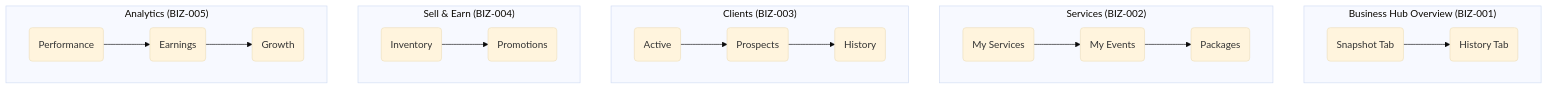
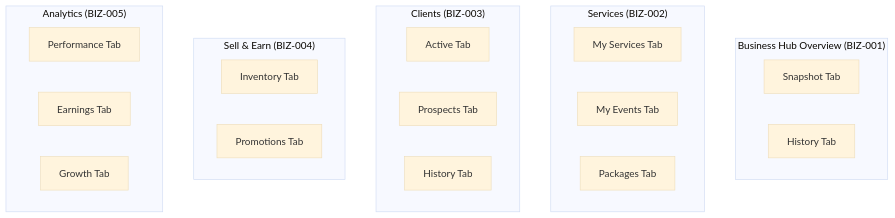
One commit to exafyltd/vitana-v1 changed diagram 32 of 34 in docs/NAVIGATION_MAP.md. Above: the diagram before and after it, drawn with Mermaid (base theme). The commit also changed other lines of this file and 4 other files, not shown here.

````diff
--- a/docs/NAVIGATION_MAP.md
+++ b/docs/NAVIGATION_MAP.md
@@ -668,25 +668,30 @@
 ```mermaid
 graph TB
     subgraph "Business Hub Overview (BIZ-001)"
-        BIZ-001-A(Snapshot Tab) --> BIZ-001-B(History Tab)
+        BIZ-001-Snapshot[Snapshot Tab]
+        BIZ-001-History[History Tab]
     end
     
     subgraph "Services (BIZ-002)"
-        BIZ-002-A(My Services) --> BIZ-002-B(My Events)
-        BIZ-002-B --> BIZ-002-C(Packages)
+        BIZ-002-Services[My Services Tab]
+        BIZ-002-Events[My Events Tab]
+        BIZ-002-Packages[Packages Tab]
     end
     
     subgraph "Clients (BIZ-003)"
-        BIZ-003-A(Active) --> BIZ-003-B(Prospects)
-        BIZ-003-B --> BIZ-003-C(History)
+        BIZ-003-Active[Active Tab]
+        BIZ-003-Prospects[Prospects Tab]
+        BIZ-003-History[History Tab]
     end
     
     subgraph "Sell & Earn (BIZ-004)"
-        BIZ-004-A(Inventory) --> BIZ-004-B(Promotions)
+        BIZ-004-Inventory[Inventory Tab]
+        BIZ-004-Promotions[Promotions Tab]
     end
     
     subgraph "Analytics (BIZ-005)"
-        BIZ-005-A(Performance) --> BIZ-005-B(Earnings)
-        BIZ-005-B --> BIZ-005-C(Growth)
+        BIZ-005-Performance[Performance Tab]
+        BIZ-005-Earnings[Earnings Tab]
+        BIZ-005-Growth[Growth Tab]
     end
 ```
````
